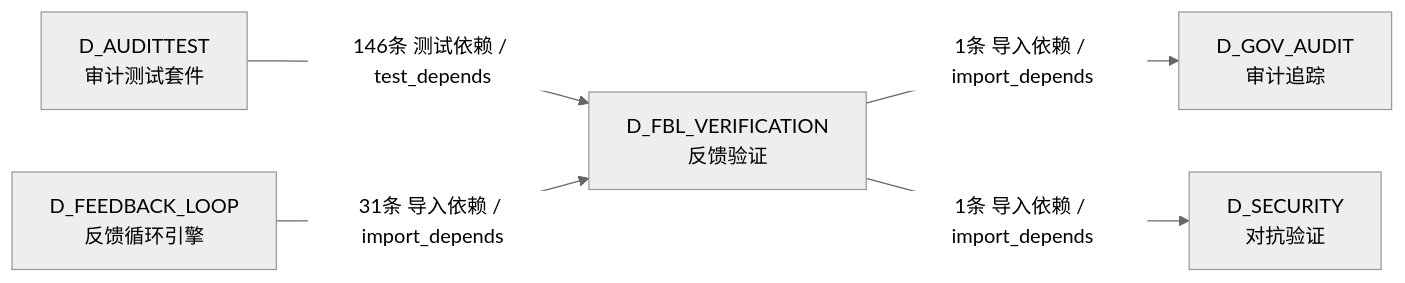
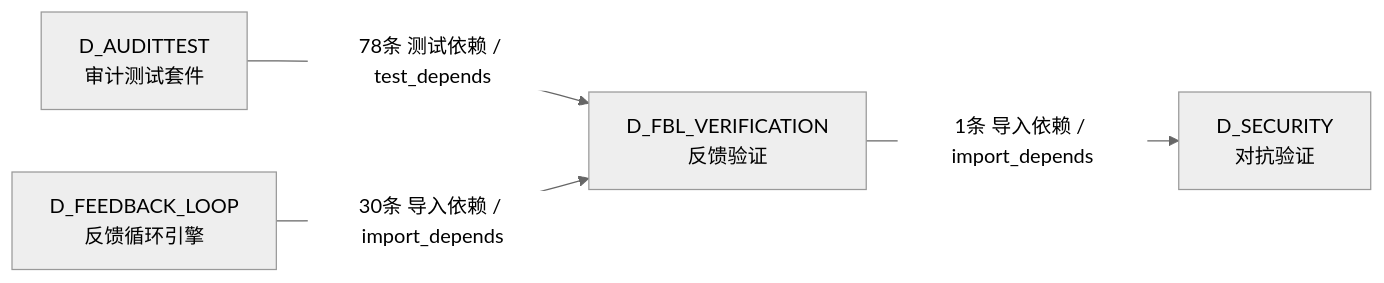
The fifth of 5 diagrams in docs/02_enterprise_architecture/02_domain_architecture_docs/11_d_fbl_verification.md (xuanFelixVan/ZephyrAlpha), drawn with Mermaid (neutral theme) before and after one commit. The commit also changed other lines of this file and 112 other files, not shown here.

````diff
--- a/docs/02_enterprise_architecture/02_domain_architecture_docs/11_d_fbl_verification.md
+++ b/docs/02_enterprise_architecture/02_domain_architecture_docs/11_d_fbl_verification.md
@@ -482,12 +482,10 @@
 ```mermaid
 graph LR
     D_FBL_VERIFICATION["D_FBL_VERIFICATION<br/>反馈验证"]
-    D_GOV_AUDIT["D_GOV_AUDIT<br/>审计追踪"]
     D_SECURITY["D_SECURITY<br/>对抗验证"]
     D_AUDITTEST["D_AUDITTEST<br/>审计测试套件"]
     D_FEEDBACK_LOOP["D_FEEDBACK_LOOP<br/>反馈循环引擎"]
-    D_FBL_VERIFICATION -->|1条 导入依赖 / import_depends| D_GOV_AUDIT
     D_FBL_VERIFICATION -->|1条 导入依赖 / import_depends| D_SECURITY
-    D_AUDITTEST -->|146条 测试依赖 / test_depends| D_FBL_VERIFICATION
-    D_FEEDBACK_LOOP -->|31条 导入依赖 / import_depends| D_FBL_VERIFICATION
+    D_AUDITTEST -->|78条 测试依赖 / test_depends| D_FBL_VERIFICATION
+    D_FEEDBACK_LOOP -->|30条 导入依赖 / import_depends| D_FBL_VERIFICATION
 ```
````
